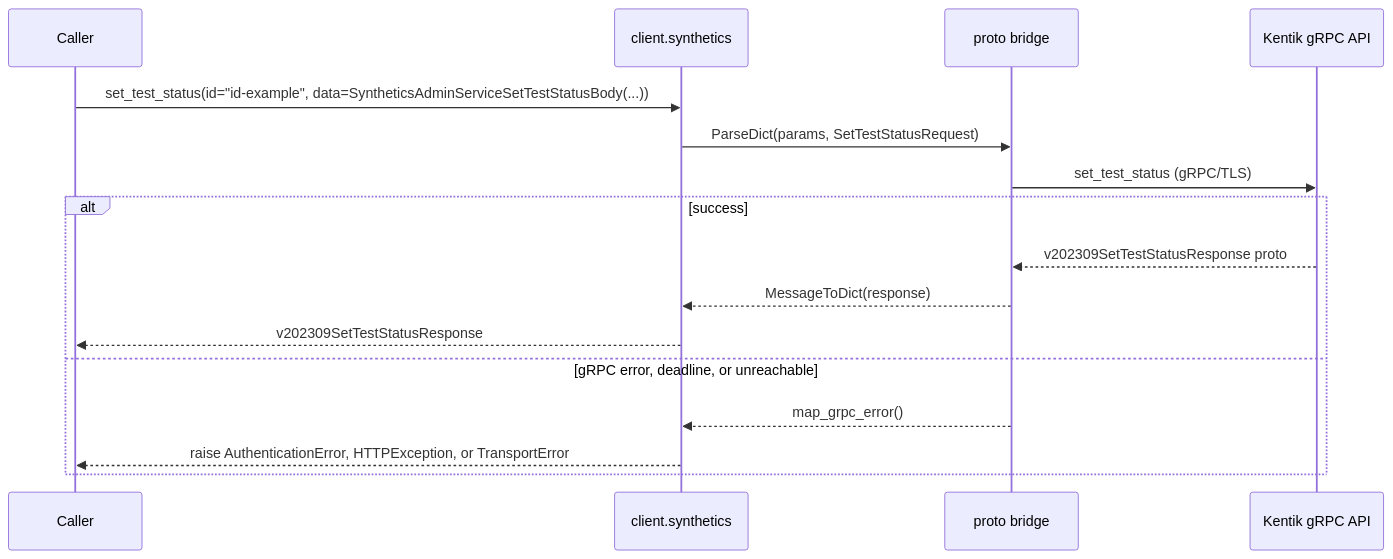
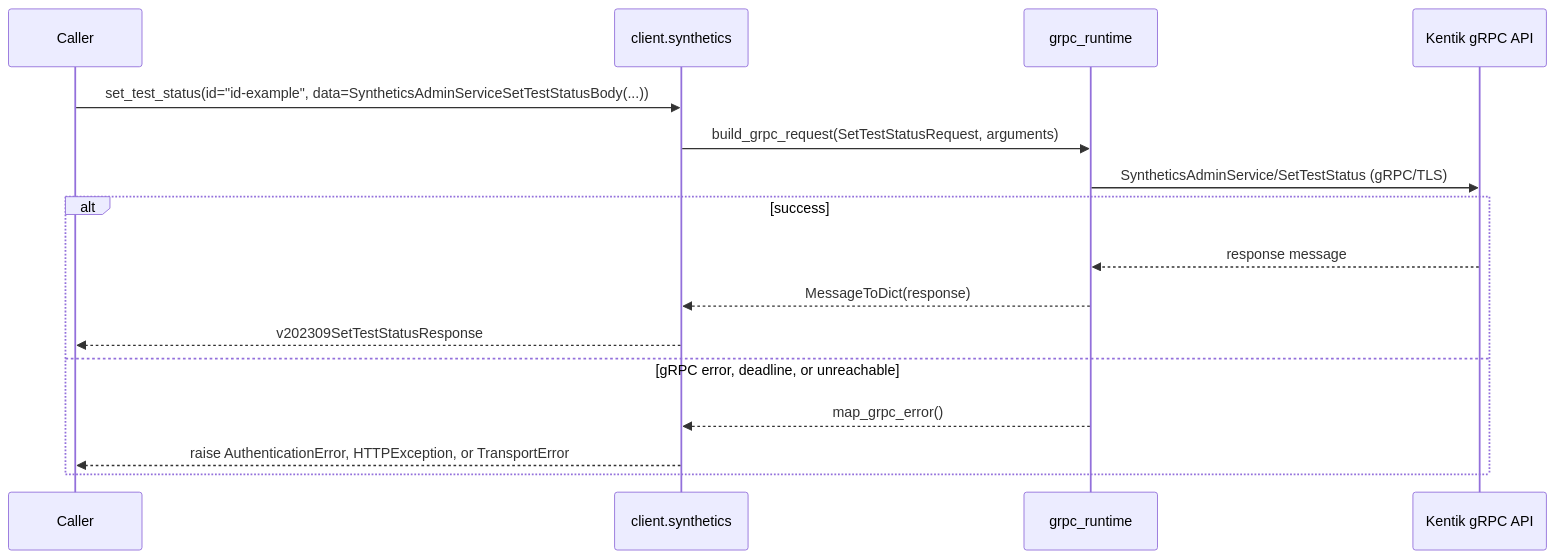
Diagram 31 of 38 in docs/sphinx/services/synthetics.md (alexdearaujo/community_sdk_python), drawn with Mermaid before and after one commit. The commit also changed other lines of this file and 37 other files, not shown here.

First line of the commit message:
docs: show the real RPC in each service page's gRPC diagram

````diff
--- a/docs/sphinx/services/synthetics.md
+++ b/docs/sphinx/services/synthetics.md
@@ -1111,19 +1111,19 @@
 ```mermaid
 sequenceDiagram
     participant C as Caller
     participant W as client.synthetics
-    participant B as proto bridge
+    participant R as grpc_runtime
     participant API as Kentik gRPC API
 
     C->>W: set_test_status(id="id-example", data=SyntheticsAdminServiceSetTestStatusBody(...))
-    W->>B: ParseDict(params, SetTestStatusRequest)
-    B->>API: set_test_status (gRPC/TLS)
+    W->>R: build_grpc_request(SetTestStatusRequest, arguments)
+    R->>API: SyntheticsAdminService/SetTestStatus (gRPC/TLS)
     alt success
-        API-->>B: v202309SetTestStatusResponse proto
-        B-->>W: MessageToDict(response)
+        API-->>R: response message
+        R-->>W: MessageToDict(response)
         W-->>C: v202309SetTestStatusResponse
     else gRPC error, deadline, or unreachable
-        B-->>W: map_grpc_error()
+        R-->>W: map_grpc_error()
         W-->>C: raise AuthenticationError, HTTPException, or TransportError
     end
 ```
````
